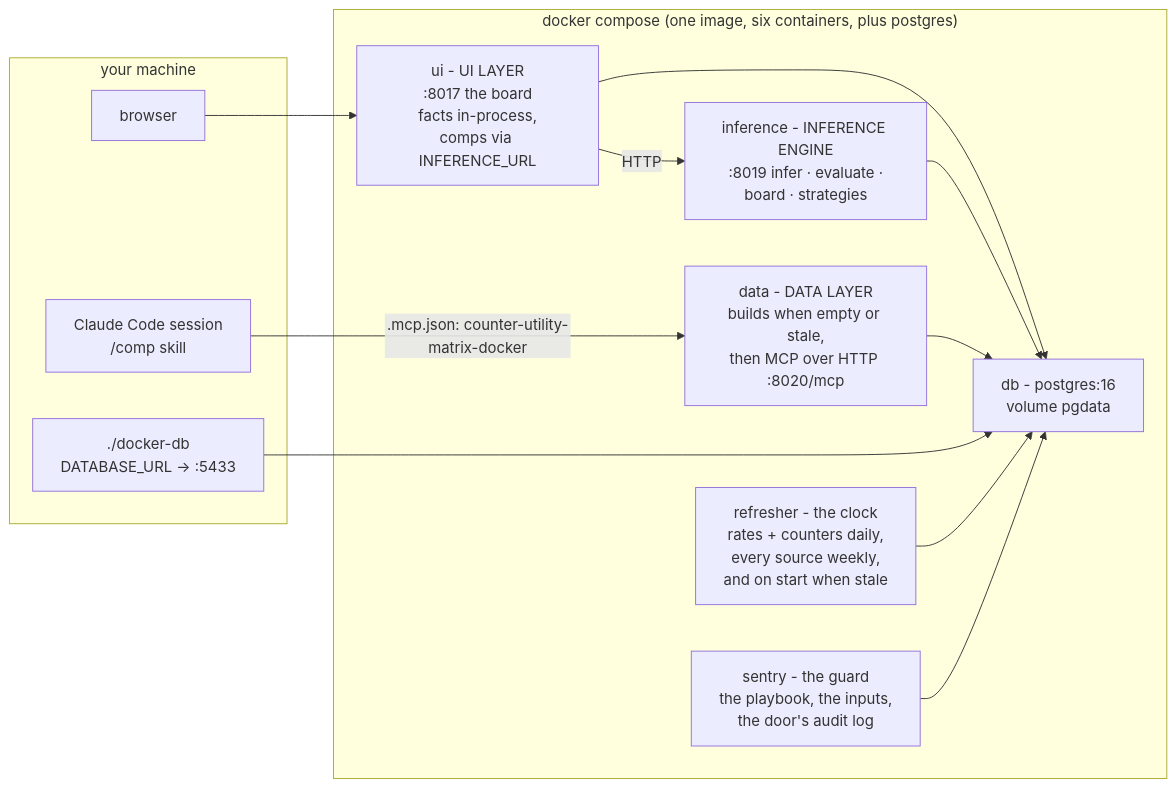
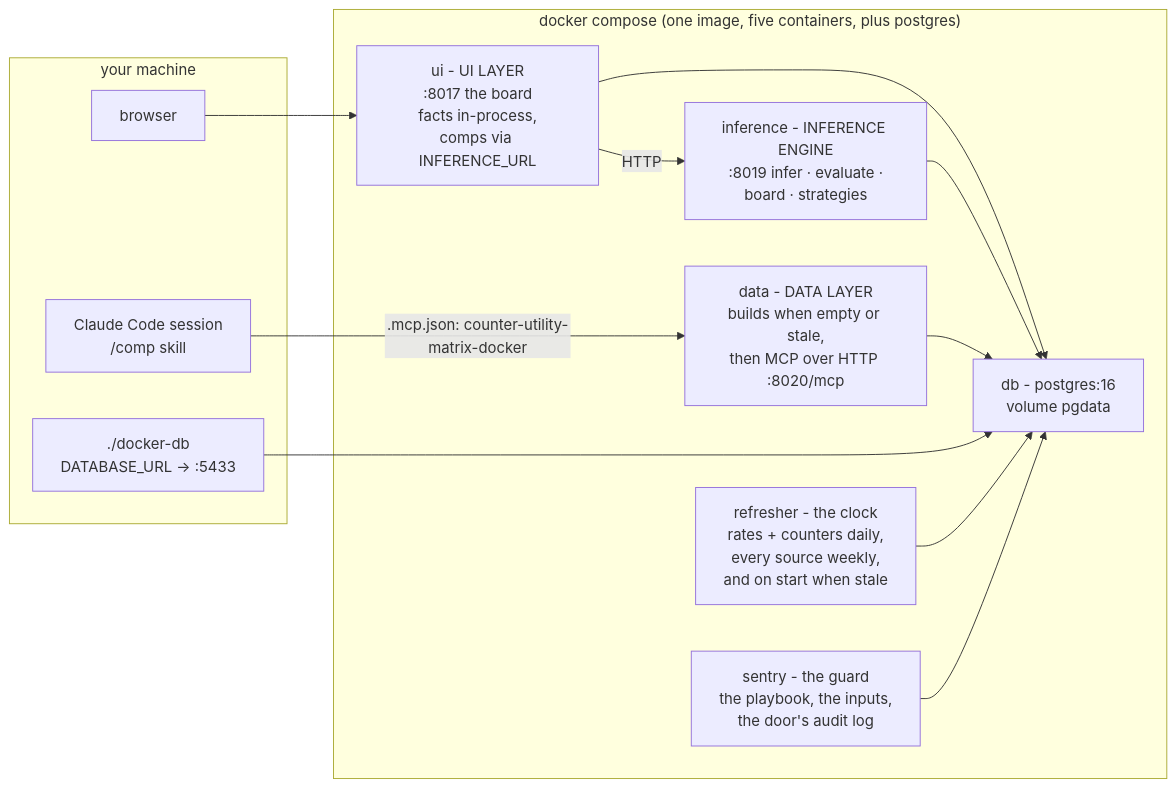
Before and after one commit to mmikol/counter-utility-matrix: the second of 2 diagrams in docs/architecture.md, drawn with Mermaid. The commit also changed other lines of this file and 79 other files, not shown here.

````diff
--- a/docs/architecture.md
+++ b/docs/architecture.md
@@ -131,25 +129,25 @@
 ```mermaid
 flowchart LR
     subgraph HOST["your machine"]
         SESSION["Claude Code session<br/>/comp skill"]
         BROWSER["browser"]
         SHELL["./docker-db<br/>DATABASE_URL -> :5433"]
     end
-    subgraph DOCKER["docker compose (one image, six containers, plus postgres)"]
+    subgraph DOCKER["docker compose (one image, five containers, plus postgres)"]
         DATA["data - DATA LAYER<br/>builds when empty or stale,<br/>then MCP over HTTP :8020/mcp"]
         INF["inference - INFERENCE ENGINE<br/>:8019 infer · evaluate ·<br/>board · strategies"]
         UI["ui - UI LAYER<br/>:8017 the board<br/>facts in-process,<br/>comps via INFERENCE_URL"]
         DBC["db - postgres:16<br/>volume pgdata"]
         REF["refresher - the clock<br/>rates + counters daily,<br/>every source weekly,<br/>and on start when stale"]
         SEN["sentry - the guard<br/>the playbook, the inputs,<br/>the door's audit log"]
     end
     SESSION -->|".mcp.json: counter-utility-matrix-docker"| DATA
     BROWSER --> UI
     UI -->|"HTTP"| INF
     UI --> DBC
     INF --> DBC
     DATA --> DBC
     SHELL --> DBC
     REF --> DBC
     SEN --> DBC
 ```
````
